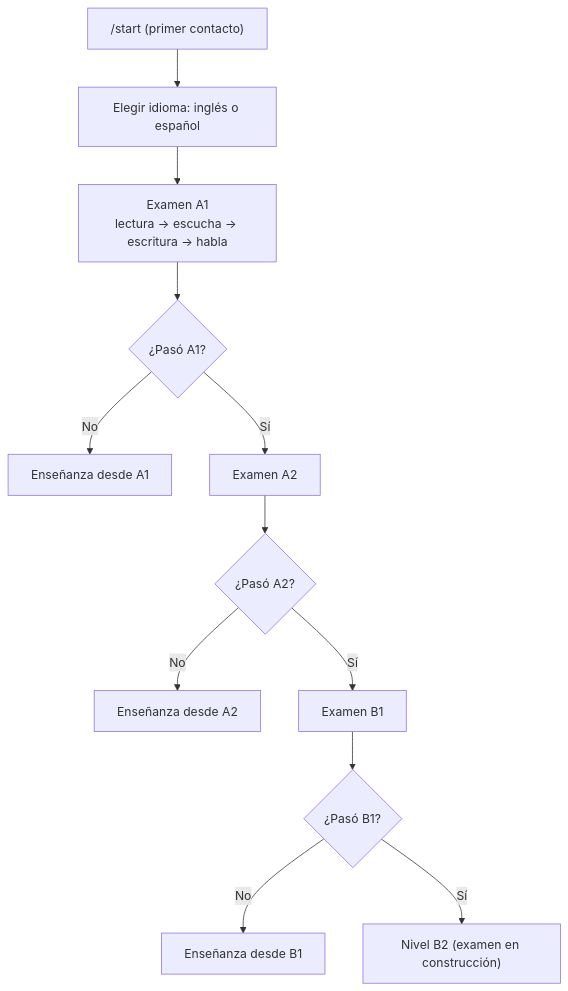
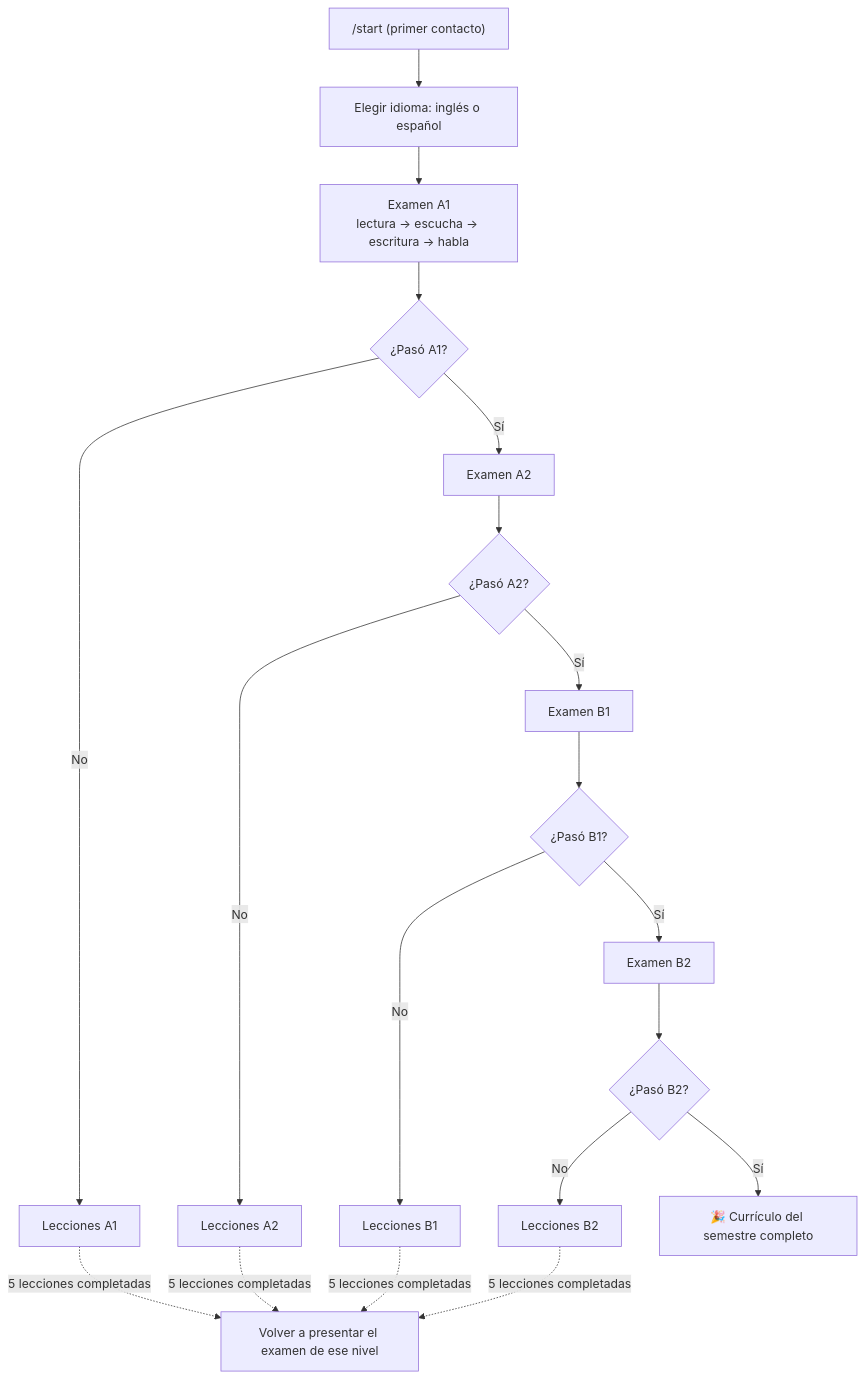
Before and after one commit to DaniTap02/Tutor-idiomas-bot: the second of 2 diagrams in README.md, drawn with Mermaid. The commit also changed other lines of this file and 33 other files, not shown here.

````diff
--- a/README.md
+++ b/README.md
@@ -46,14 +97,18 @@
 ```mermaid
 flowchart TD
     A["/start (primer contacto)"] --> B["Elegir idioma: inglés o español"]
     B --> C["Examen A1<br/>lectura → escucha → escritura → habla"]
     C --> D{"¿Pasó A1?"}
-    D -- No --> E["Enseñanza desde A1"]
+    D -- No --> E["Lecciones A1"]
     D -- Sí --> F["Examen A2"]
     F --> G{"¿Pasó A2?"}
-    G -- No --> H["Enseñanza desde A2"]
+    G -- No --> H["Lecciones A2"]
     G -- Sí --> I["Examen B1"]
     I --> J{"¿Pasó B1?"}
-    J -- No --> K["Enseñanza desde B1"]
-    J -- Sí --> L["Nivel B2 (examen en construcción)"]
+    J -- No --> K["Lecciones B1"]
+    J -- Sí --> L["Examen B2"]
+    L --> M{"¿Pasó B2?"}
+    M -- No --> N["Lecciones B2"]
+    M -- Sí --> O["🎉 Currículo del semestre completo"]
+    E & H & K & N -.->|"5 lecciones completadas"| P["Volver a presentar el examen de ese nivel"]
 ```
````
